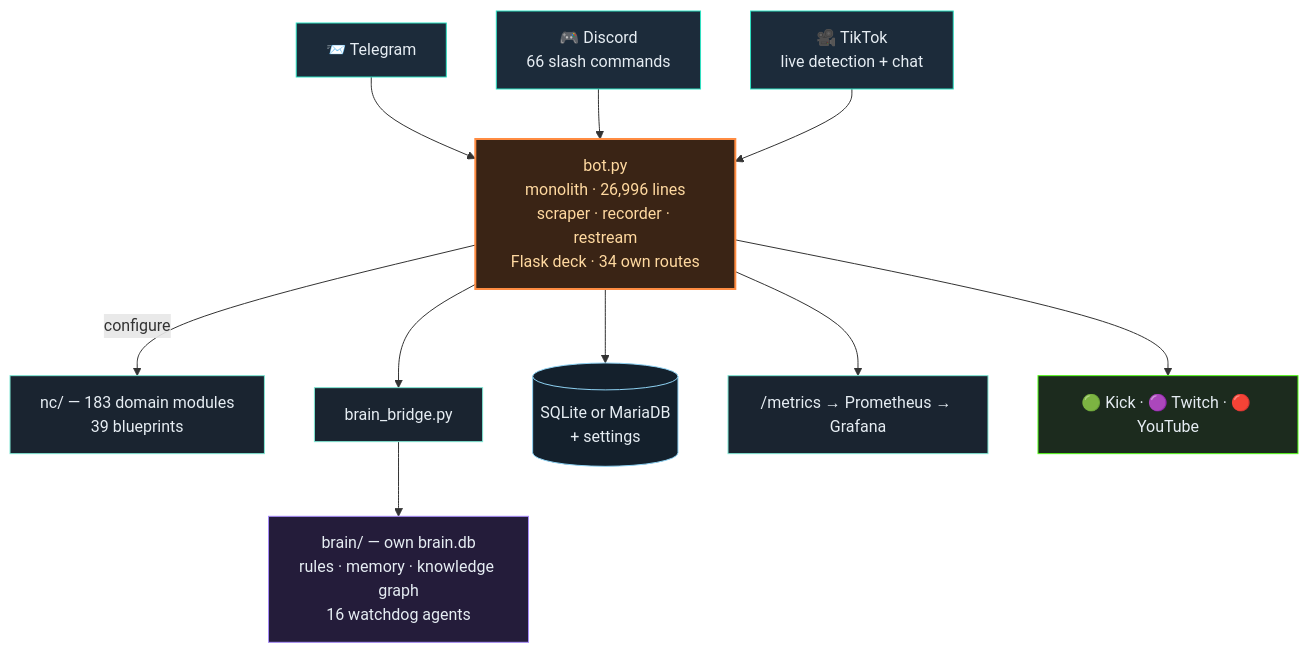
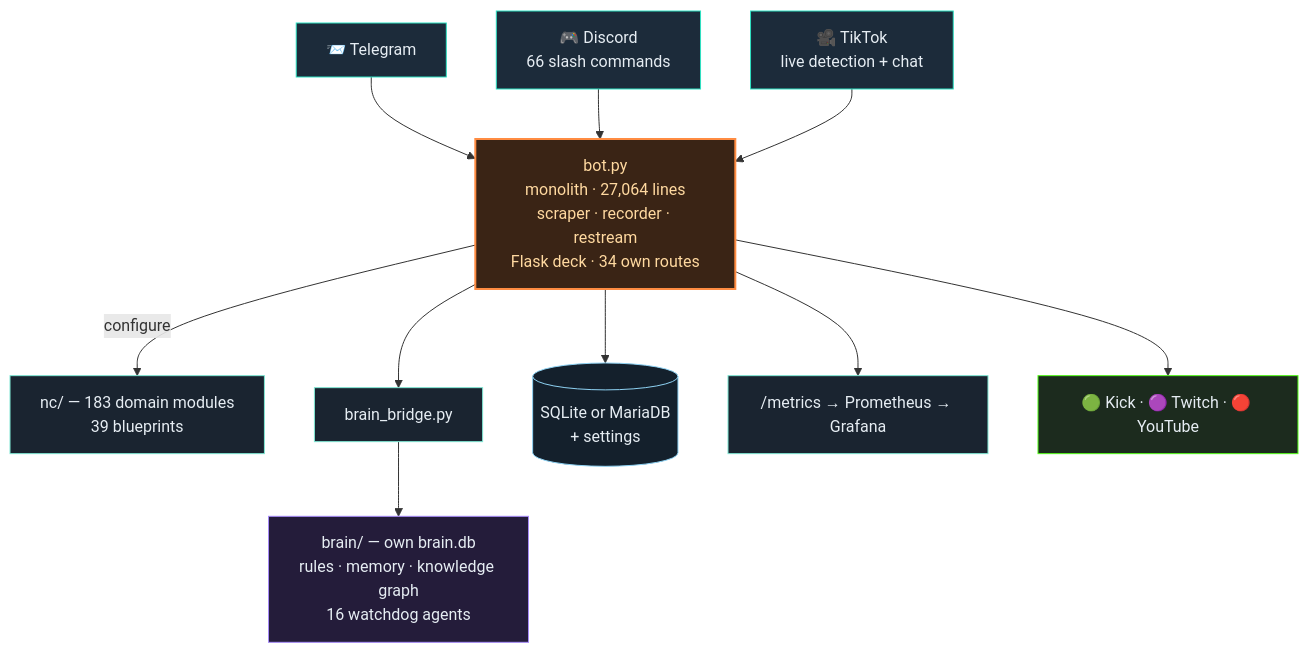
Before and after one commit to itsamemedev/Telegram-Stream-Info-Bot: the second of 3 diagrams in README.en.md, drawn with Mermaid. The commit also changed other lines of this file and 17 other files, not shown here.

````diff
--- a/README.en.md
+++ b/README.en.md
@@ -119,19 +119,19 @@
 ```mermaid
 flowchart TB
     TG["📨 Telegram"]:::ein --> BOT
     DC["🎮 Discord<br/>66 slash commands"]:::ein --> BOT
     TT["🎥 TikTok<br/>live detection + chat"]:::ein --> BOT
-    BOT["bot.py<br/>monolith · 26,996 lines<br/>scraper · recorder · restream<br/>Flask deck · 34 own routes"]:::core
+    BOT["bot.py<br/>monolith · 27,064 lines<br/>scraper · recorder · restream<br/>Flask deck · 34 own routes"]:::core
     BOT -->|configure| NC["nc/ — 183 domain modules<br/>39 blueprints"]:::lib
     BOT --> BR["brain_bridge.py"]:::lib
     BR --> BRAIN["brain/ — own brain.db<br/>rules · memory · knowledge graph<br/>16 watchdog agents"]:::brain
     BOT --> DB[("SQLite or MariaDB<br/>+ settings")]:::db
     BOT --> PROM["/metrics → Prometheus → Grafana"]:::lib
     BOT --> OUT["🟢 Kick · 🟣 Twitch · 🔴 YouTube"]:::out
     classDef ein fill:#1c2b3a,stroke:#2de1c2,color:#e6edf3
     classDef core fill:#3a2415,stroke:#ff8c42,stroke-width:2px,color:#ffd9a0
     classDef lib fill:#1a2430,stroke:#7fe7d4,color:#e6edf3
     classDef brain fill:#241c3a,stroke:#a78bfa,color:#e6edf3
     classDef db fill:#14202c,stroke:#8fd3f4,color:#e6edf3
     classDef out fill:#1c2b1e,stroke:#53fc18,color:#e6edf3
 ```
````
